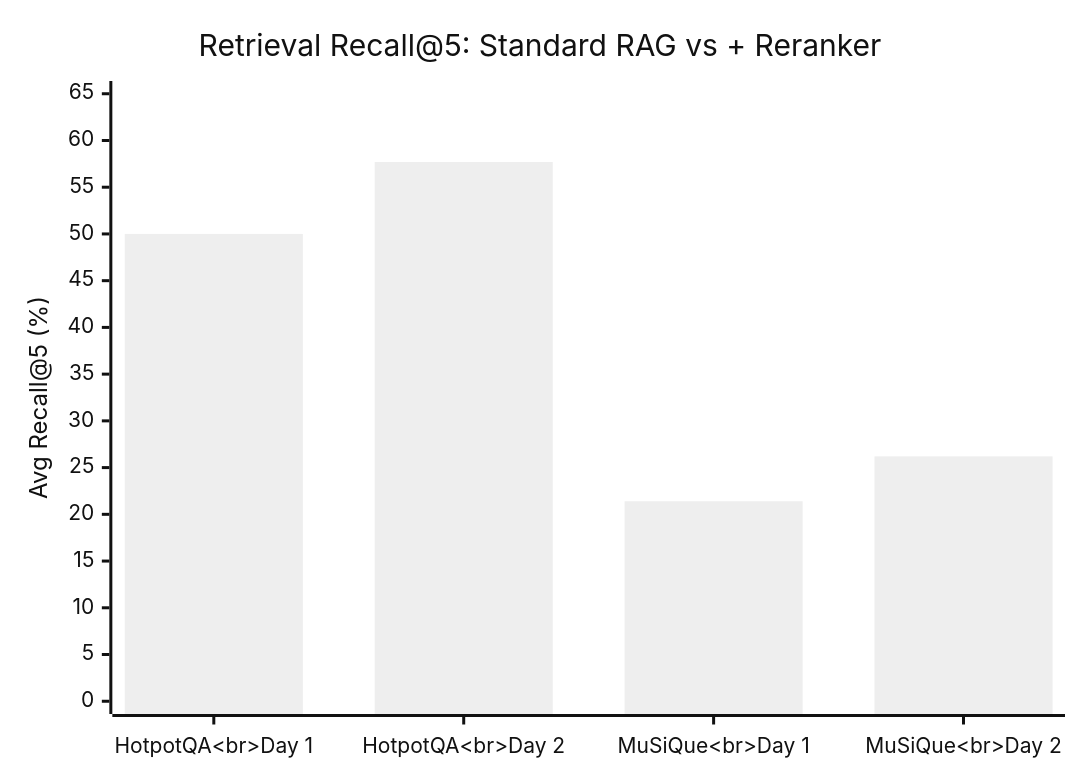
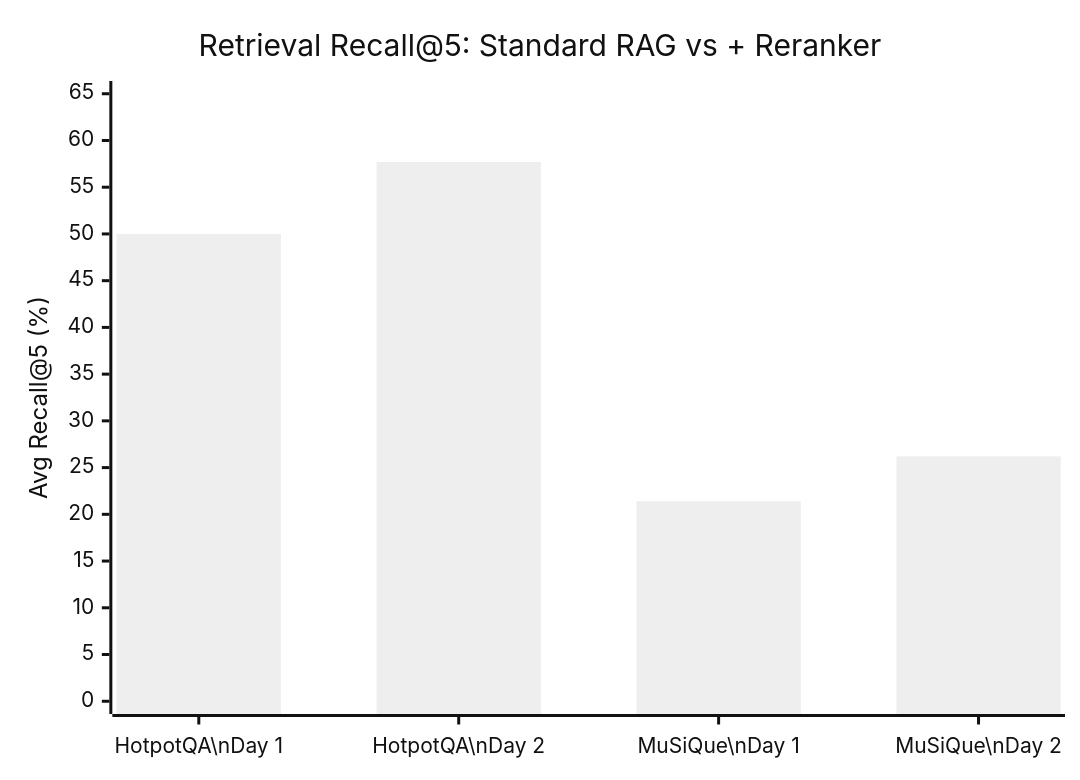
The sixth of 14 diagrams in plans/feb5-key-findings.md (pradyutnair/msc-thesis), drawn with Mermaid (neutral theme) before and after one commit. The commit also changed other lines of this file and 26 other files, not shown here.

````diff
--- a/plans/feb5-key-findings.md
+++ b/plans/feb5-key-findings.md
@@ -45,7 +81,7 @@
 ```mermaid
 xychart-beta
     title "Retrieval Recall@5: Standard RAG vs + Reranker"
-    x-axis ["HotpotQA<br/>Day 1", "HotpotQA<br/>Day 2", "MuSiQue<br/>Day 1", "MuSiQue<br/>Day 2"]
+    x-axis ["HotpotQA\nDay 1", "HotpotQA\nDay 2", "MuSiQue\nDay 1", "MuSiQue\nDay 2"]
     y-axis "Avg Recall@5 (%)" 0 --> 65
     bar [50.0, 57.7, 21.4, 26.2]
 ```
````
